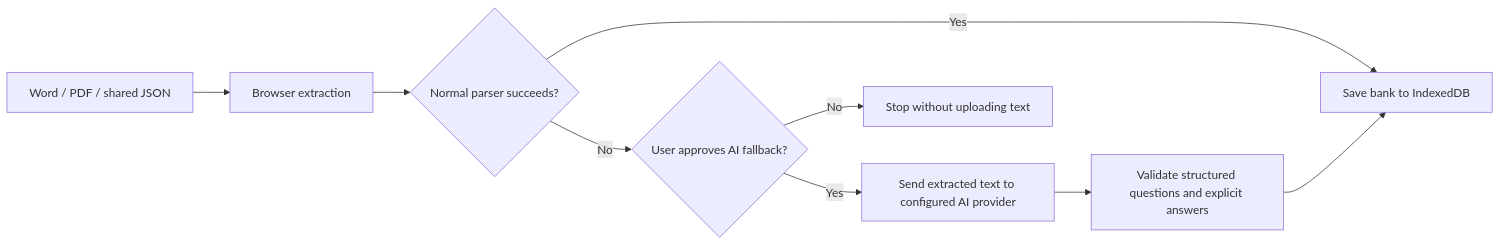
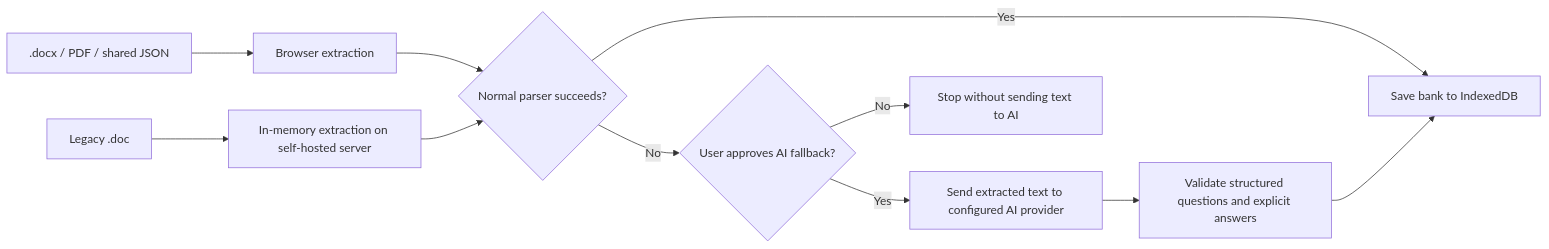
One commit to Sifortonzh/AveCove-Elapse changed the first of 2 diagrams in README.md. Above: the diagram before and after it, drawn with Mermaid. The commit also changed other lines of this file and 24 other files, not shown here.

````diff
--- a/README.md
+++ b/README.md
@@ -112,11 +129,13 @@
 ```mermaid
 flowchart LR
-    A["Word / PDF / shared JSON"] --> B["Browser extraction"]
-    B --> C{"Normal parser succeeds?"}
-    C -->|Yes| D["Save bank to IndexedDB"]
-    C -->|No| E{"User approves AI fallback?"}
-    E -->|No| F["Stop without uploading text"]
-    E -->|Yes| G["Send extracted text to configured AI provider"]
-    G --> H["Validate structured questions and explicit answers"]
-    H --> D
+    A[".docx / PDF / shared JSON"] --> B["Browser extraction"]
+    C["Legacy .doc"] --> D["In-memory extraction on self-hosted server"]
+    B --> E{"Normal parser succeeds?"}
+    D --> E
+    E -->|Yes| F["Save bank to IndexedDB"]
+    E -->|No| G{"User approves AI fallback?"}
+    G -->|No| H["Stop without sending text to AI"]
+    G -->|Yes| I["Send extracted text to configured AI provider"]
+    I --> J["Validate structured questions and explicit answers"]
+    J --> F
 ```
````
